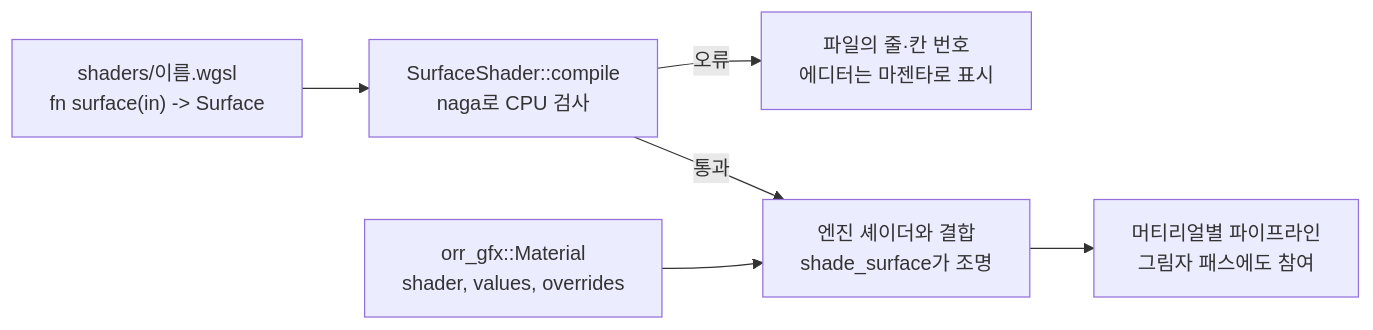
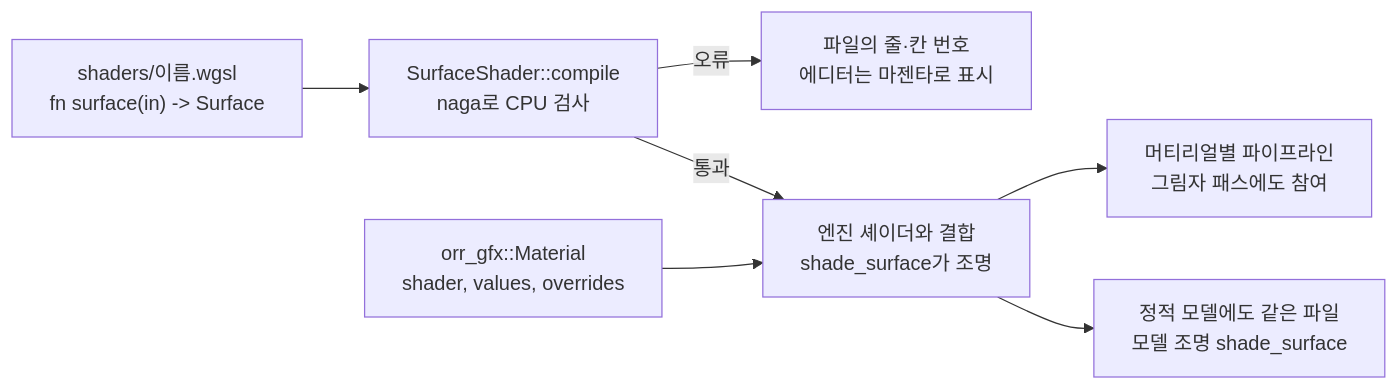
Before and after one commit to BeautyfullCastle/rust-ai-native-game-engine: the second of 2 diagrams in docs/rendering-architecture.md, drawn with Mermaid. The commit also changed other lines of this file and 16 other files, not shown here.

````diff
--- a/docs/rendering-architecture.md
+++ b/docs/rendering-architecture.md
@@ -94,8 +94,9 @@
 ```mermaid
 flowchart LR
     A["shaders/이름.wgsl<br/>fn surface(in) -> Surface"] --> B["SurfaceShader::compile<br/>naga로 CPU 검사"]
     B -->|오류| C["파일의 줄·칸 번호<br/>에디터는 마젠타로 표시"]
     B -->|통과| D["엔진 셰이더와 결합<br/>shade_surface가 조명"]
     E["orr_gfx::Material<br/>shader, values, overrides"] --> D
     D --> F["머티리얼별 파이프라인<br/>그림자 패스에도 참여"]
+    D --> G["정적 모델에도 같은 파일<br/>모델 조명 shade_surface"]
 ```
````
